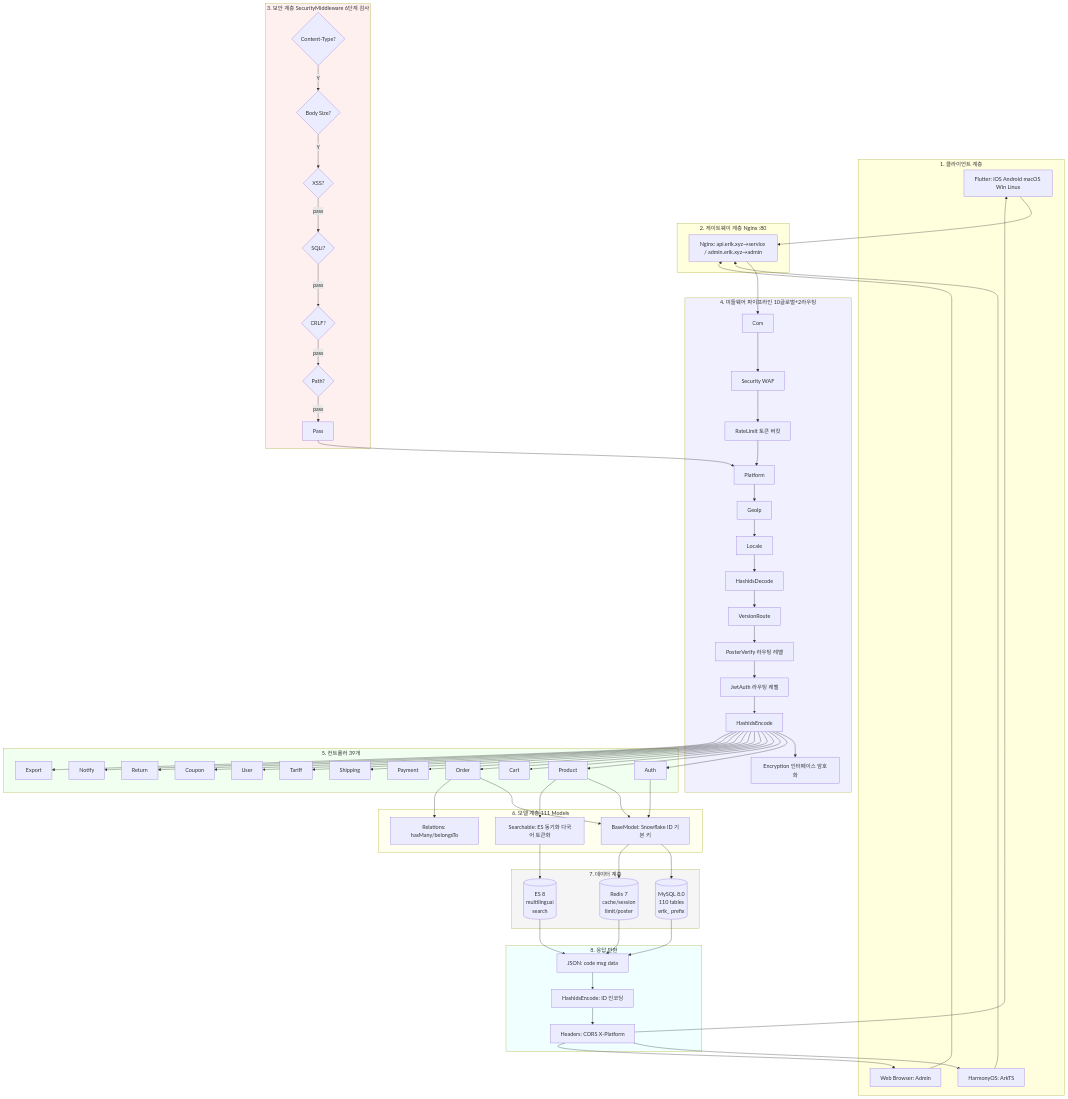
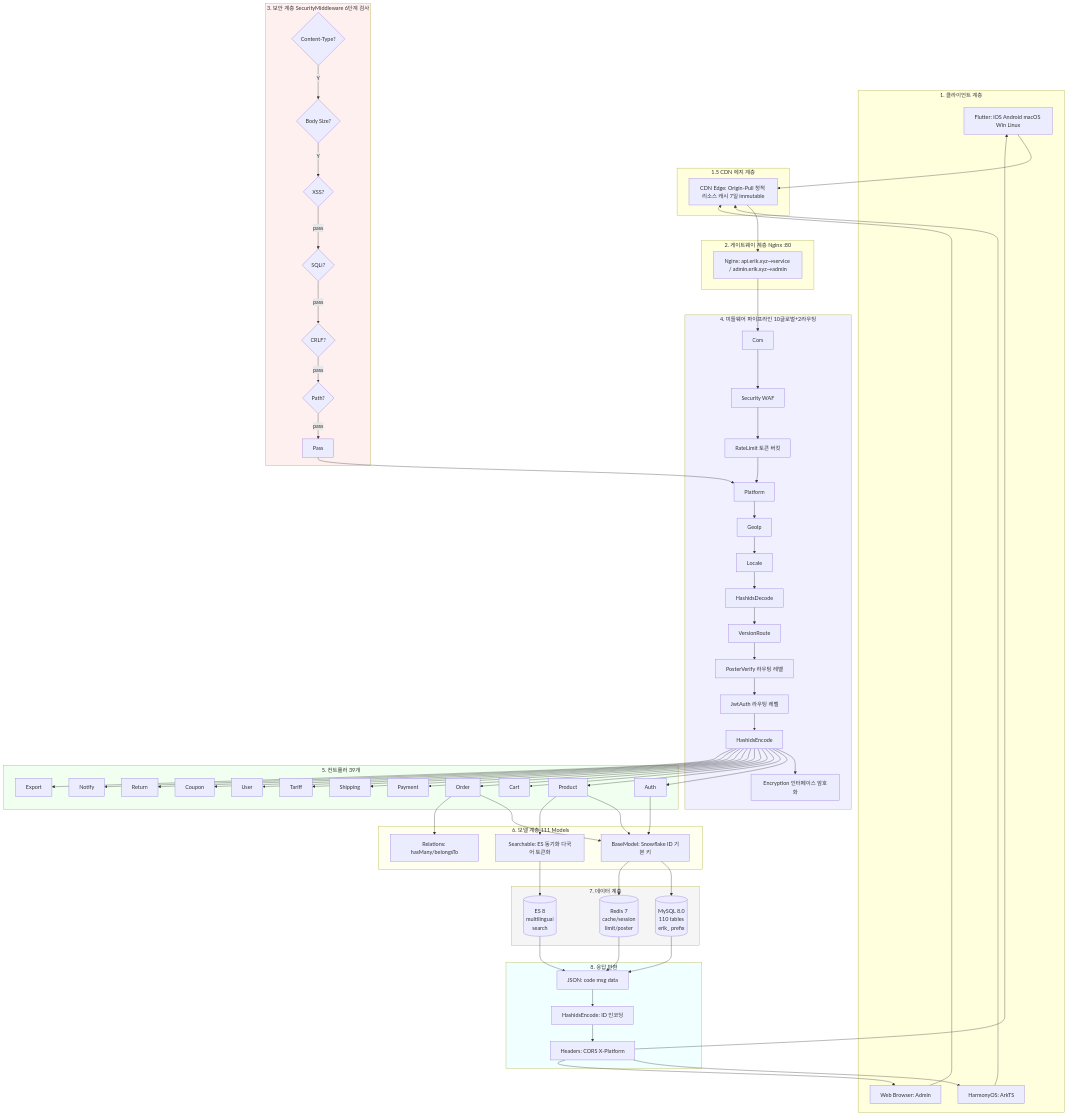
Before and after one commit to erikwang2013/erik-shop: the second of 6 diagrams in docs/i18n/ko/architecture-full.md, drawn with Mermaid. The commit also changed other lines of this file and 191 other files, not shown here.

First line of the commit message:
v1.2.0：CDN 内容分发接入（Origin-Pull 回源 + 四大云厂商适配 + 管理端配置/刷新/日志 + 上传持久化 + 全文档与12语言i18n同步 + Crypto 捐赠图文入库）

````diff
--- a/docs/i18n/ko/architecture-full.md
+++ b/docs/i18n/ko/architecture-full.md
@@ -71,73 +75,77 @@
 ```mermaid
 graph TB
     subgraph Clients["1. 클라이언트 계층"]
         FL[Flutter: iOS Android macOS Win Linux]
         HM[HarmonyOS: ArkTS]
         WB[Web Browser: Admin]
+    end
+    subgraph CDNEdge["1.5 CDN 에지 계층"]
+        CDN2[CDN Edge: Origin-Pull 정적 리소스 캐시 7일 immutable]
     end
     subgraph Gateway["2. 게이트웨이 계층 Nginx :80"]
         NG[Nginx: api.erik.xyz→service / admin.erik.xyz→admin]
     end
     subgraph Security["3. 보안 계층 SecurityMiddleware 6단계 검사"]
         CT{Content-Type?} -->|Y| BS{Body Size?}
         BS -->|Y| XS{XSS?}
         XS -->|pass| SQ{SQLi?}
         SQ -->|pass| CR{CRLF?}
         CR -->|pass| PT{Path?}
         PT -->|pass| PASS[Pass]
     end
     subgraph Pipeline["4. 미들웨어 파이프라인 10글로벌+2라우팅"]
         CORS[Cors] --> SEC[Security WAF]
         SEC --> RATE[RateLimit 토큰 버킷]
         RATE --> PLAT[Platform]
         PLAT --> GEO[GeoIp]
         GEO --> LOC[Locale]
         LOC --> HDEC[HashidsDecode]
         HDEC --> VER[VersionRoute]
         VER --> POSTV[PosterVerify 라우팅 레벨]
         POSTV --> JWT[JwtAuth 라우팅 레벨]
         JWT --> HENC[HashidsEncode]
         HENC --> ENC[Encryption 인터페이스 암호화]
     end
     subgraph Controllers["5. 컨트롤러 39개"]
         AUTH[Auth] & PROD[Product] & CART[Cart]
         ORD[Order] & PAY[Payment] & SHIP[Shipping]
         TARI[Tariff] & USER[User] & COUP[Coupon]
         RET[Return] & NOTI[Notify] & EXPORT[Export]
     end
     subgraph Models["6. 모델 계층 111 Models"]
         BM[BaseModel: Snowflake ID 기본 키]
         REL[Relations: hasMany/belongsTo]
         SRCH[Searchable: ES 동기화 다국어 토큰화]
     end
     subgraph Data["7. 데이터 계층"]
         MySQL[(MySQL 8.0<br/>110 tables<br/>erik_ prefix)]
         Redis[(Redis 7<br/>cache/session<br/>limit/poster)]
         ES[(ES 8<br/>multilingual<br/>search)]
     end
     subgraph Response["8. 응답 반환"]
         JSON[JSON: code msg data]
         OUTENC[HashidsEncode: ID 인코딩]
         HEADERS[Headers: CORS X-Platform]
     end
 
-    FL & HM & WB --> NG
+    FL & HM & WB --> CDN2
+    CDN2 --> NG
     NG --> CORS
     PASS --> PLAT
     HENC --> AUTH & PROD & CART & ORD & PAY & SHIP & TARI & USER & COUP & RET & NOTI & EXPORT
     AUTH & PROD & ORD --> BM
     ORD --> REL
     PROD --> SRCH
     BM --> MySQL & Redis
     SRCH --> ES
     MySQL & Redis & ES --> JSON
     JSON --> OUTENC --> HEADERS
     HEADERS --> FL & HM & WB
 
     style Security fill:#fff0f0
     style Pipeline fill:#f0f0ff
     style Controllers fill:#f0fff0
     style Models fill:#fffff0
     style Data fill:#f5f5f5
     style Response fill:#f0ffff
 ```
````
